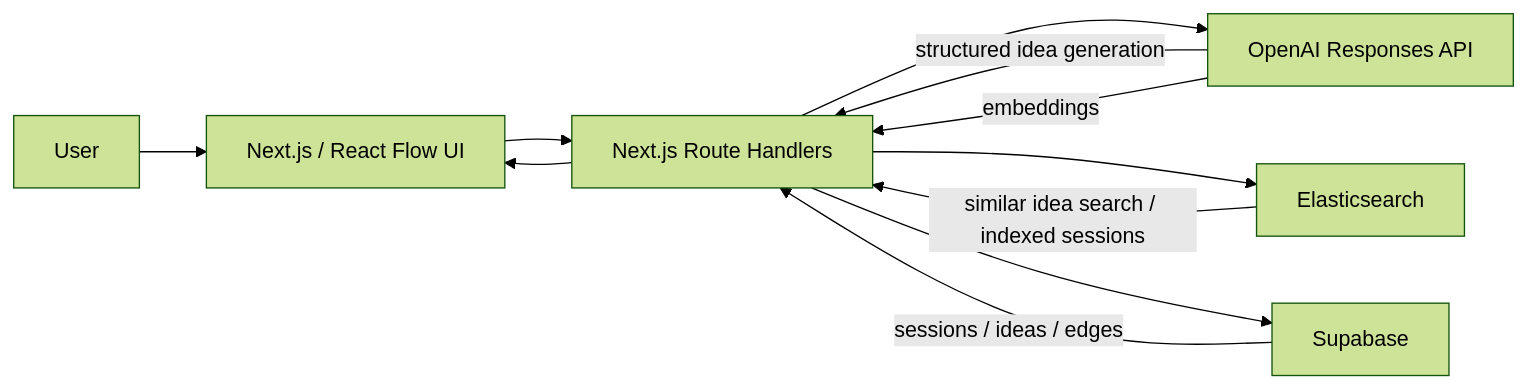
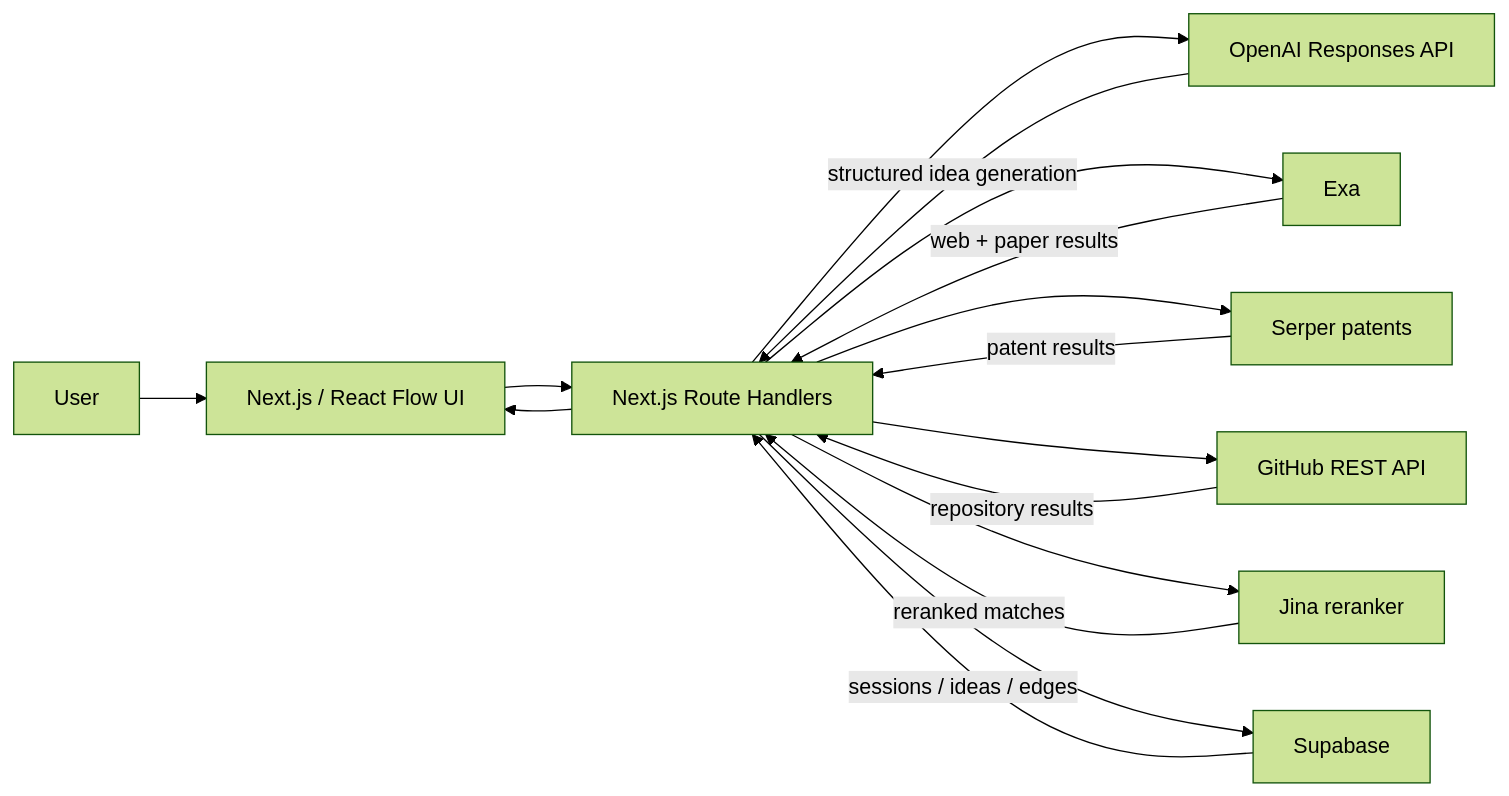
Before and after one commit to frank-shen-07/Synaptic: the first of 2 diagrams in docs/architecture.md, drawn with Mermaid (forest theme). The commit also changed other lines of this file and 11 other files, not shown here.

Commit message:
added Exa, patent, GitHub cross checks and Jina reranking

````diff
--- a/docs/architecture.md
+++ b/docs/architecture.md
@@ -9,14 +9,19 @@
 ```mermaid
 flowchart LR
     U[User] --> F[Next.js / React Flow UI]
     F --> A[Next.js Route Handlers]
     A --> O[OpenAI Responses API]
-    A --> E[Elasticsearch]
+    A --> X[Exa]
+    A --> P[Serper patents]
+    A --> G[GitHub REST API]
+    A --> J[Jina reranker]
     A --> S[Supabase]
 
     O -->|structured idea generation| A
-    O -->|embeddings| A
-    E -->|similar idea search / indexed sessions| A
+    X -->|web + paper results| A
+    P -->|patent results| A
+    G -->|repository results| A
+    J -->|reranked matches| A
     S -->|sessions / ideas / edges| A
     A --> F
 ```
````
